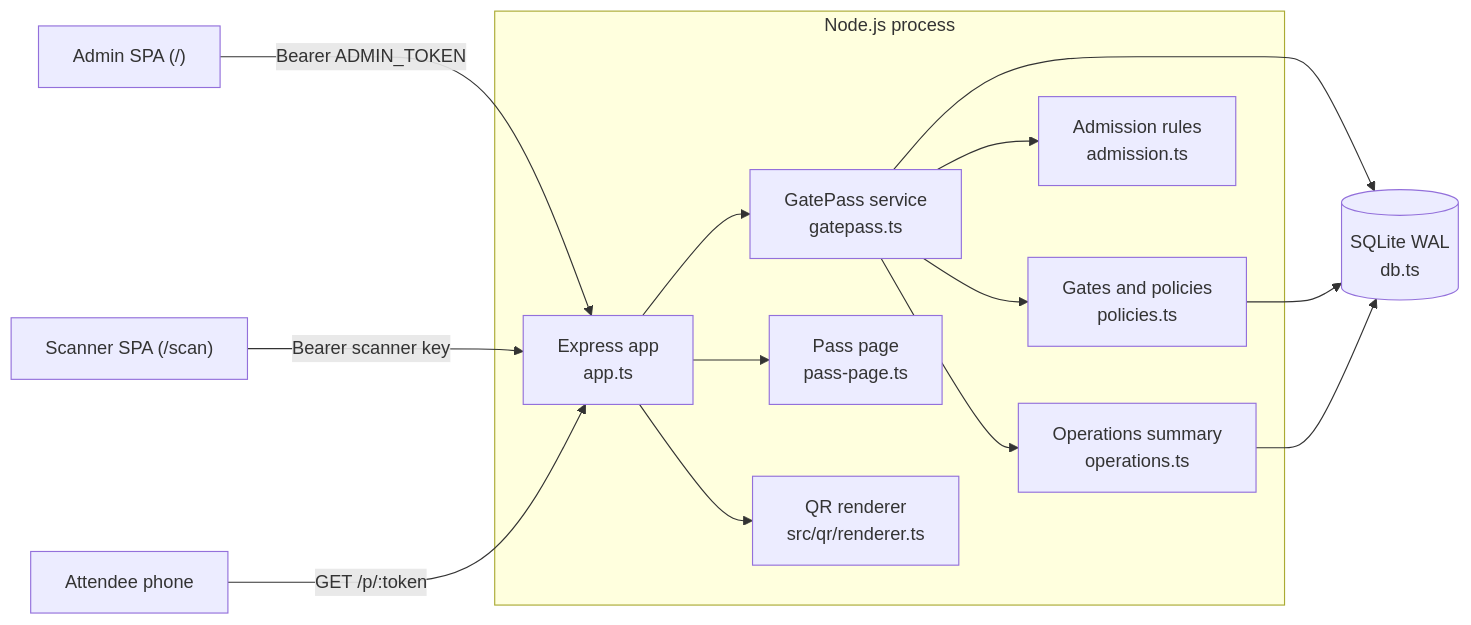
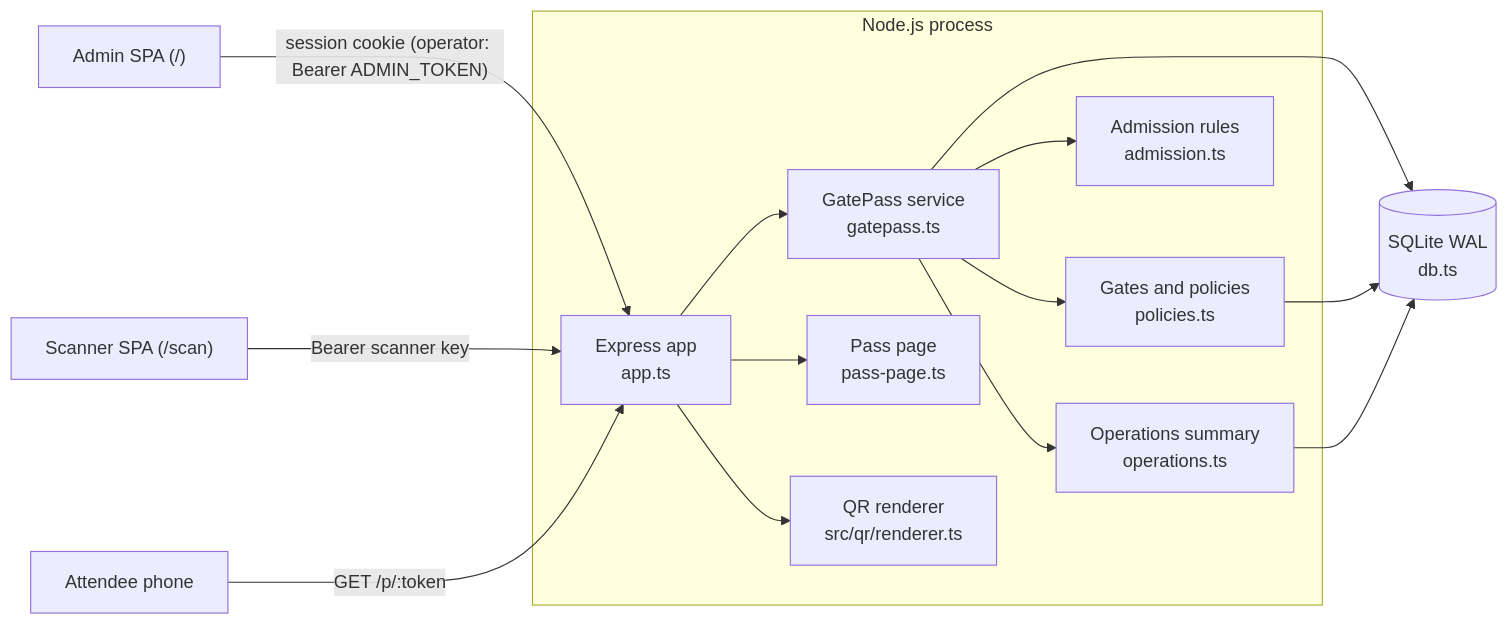
Before and after one commit to tanmay-alpha/GatePass: the first of 5 diagrams in docs/architecture.md, drawn with Mermaid. The commit also changed other lines of this file and 82 other files, not shown here.

First line of the commit message:
Document the audit, roadmap, threat model, test matrix and runbook

````diff
--- a/docs/architecture.md
+++ b/docs/architecture.md
@@ -5,17 +5,17 @@
 ```mermaid
 flowchart LR
-  Admin["Admin SPA (/)"] -- "Bearer ADMIN_TOKEN" --> API
+  Admin["Admin SPA (/)"] -- "session cookie (operator: Bearer ADMIN_TOKEN)" --> API
   Scanner["Scanner SPA (/scan)"] -- "Bearer scanner key" --> API
   Phone["Attendee phone"] -- "GET /p/:token" --> API
   subgraph Process["Node.js process"]
     API["Express app<br/>app.ts"] --> Svc["GatePass service<br/>gatepass.ts"]
     Svc --> Access["Gates and policies<br/>policies.ts"]
     Svc --> Rules["Admission rules<br/>admission.ts"]
     Svc --> Ops["Operations summary<br/>operations.ts"]
     API --> Page["Pass page<br/>pass-page.ts"]
     API --> QR["QR renderer<br/>src/qr/renderer.ts"]
   end
   Svc --> DB[("SQLite WAL<br/>db.ts")]
   Access --> DB
   Ops --> DB
 ```
````
